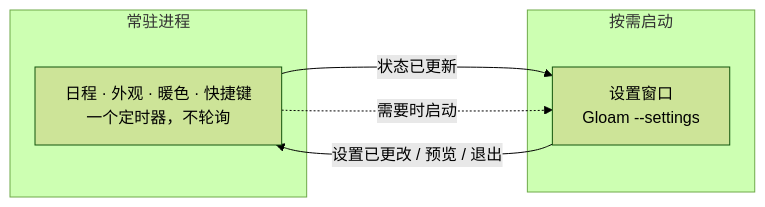
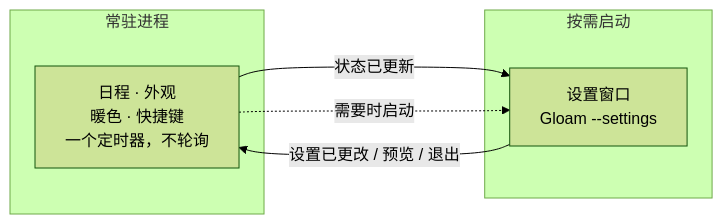
One commit to guangzhaoli/Gloam changed the diagram in README.zh-CN.md. Above: the diagram before and after it, drawn with Mermaid (forest theme). The commit also changed 1 other file, not shown here.

Commit message:
README: keep the architecture diagram readable on narrow screens

````diff
--- a/README.zh-CN.md
+++ b/README.zh-CN.md
@@ -53,12 +53,12 @@
 ```mermaid
 flowchart LR
     subgraph resident["常驻进程"]
-        A["日程 · 外观 · 暖色 · 快捷键<br/>一个定时器，不轮询"]
+        A["日程 · 外观<br/>暖色 · 快捷键<br/>一个定时器，不轮询"]
     end
     subgraph ondemand["按需启动"]
         S["设置窗口<br/>Gloam --settings"]
     end
     S -- "设置已更改 / 预览 / 退出" --> A
     A -- "状态已更新" --> S
     A -. "需要时启动" .-> S
 ```
````
